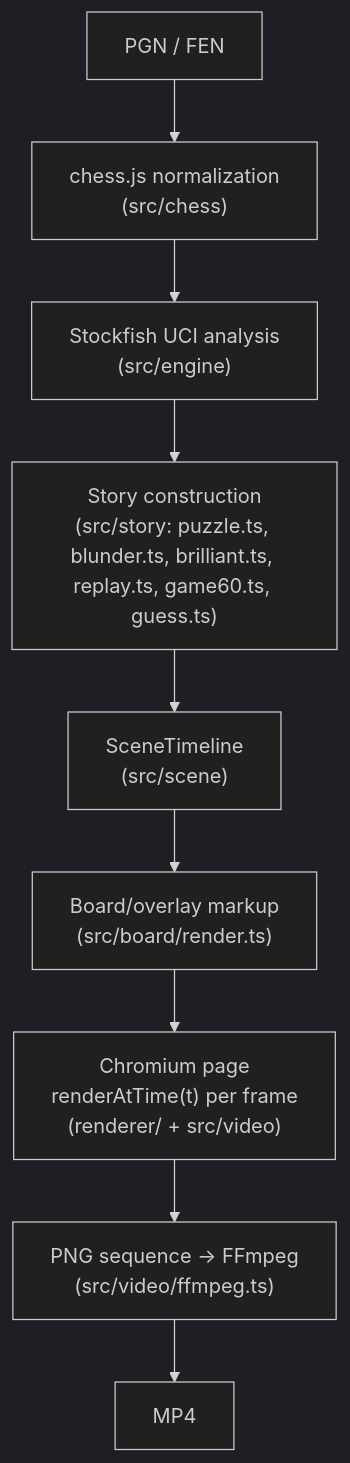
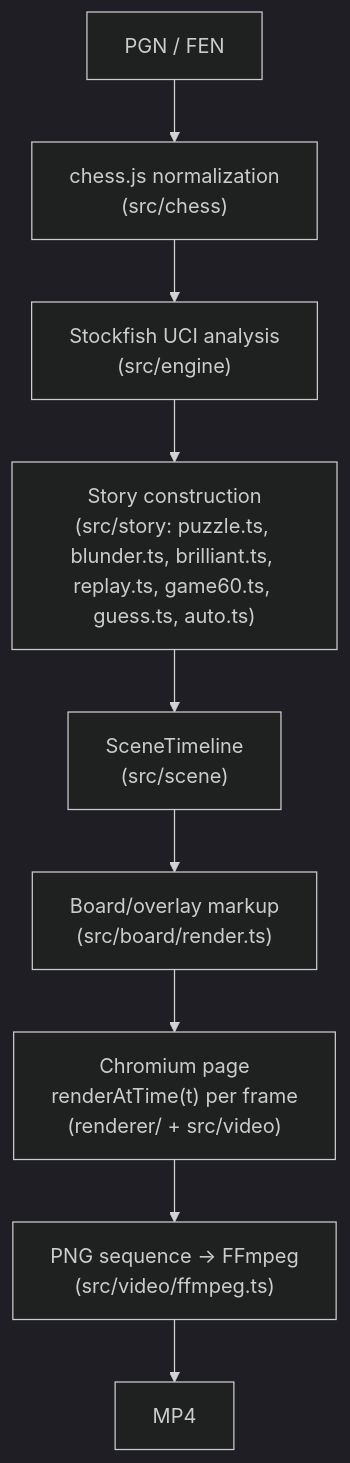
One commit to alessandrobessi/chessroll changed the diagram in README.md. Above: the diagram before and after it, drawn with Mermaid (dark theme). The commit also changed other lines of this file and 10 other files, not shown here.

````diff
--- a/README.md
+++ b/README.md
@@ -219,11 +231,11 @@
 ```mermaid
 flowchart TD
     A[PGN / FEN] --> B["chess.js normalization<br/>(src/chess)"]
     B --> C["Stockfish UCI analysis<br/>(src/engine)"]
-    C --> D["Story construction<br/>(src/story: puzzle.ts, blunder.ts, brilliant.ts, replay.ts, game60.ts, guess.ts)"]
+    C --> D["Story construction<br/>(src/story: puzzle.ts, blunder.ts, brilliant.ts, replay.ts, game60.ts, guess.ts, auto.ts)"]
     D --> E["SceneTimeline<br/>(src/scene)"]
     E --> F["Board/overlay markup<br/>(src/board/render.ts)"]
     F --> G["Chromium page<br/>renderAtTime(t) per frame<br/>(renderer/ + src/video)"]
     G --> H["PNG sequence → FFmpeg<br/>(src/video/ffmpeg.ts)"]
     H --> I[MP4]
 ```
````
